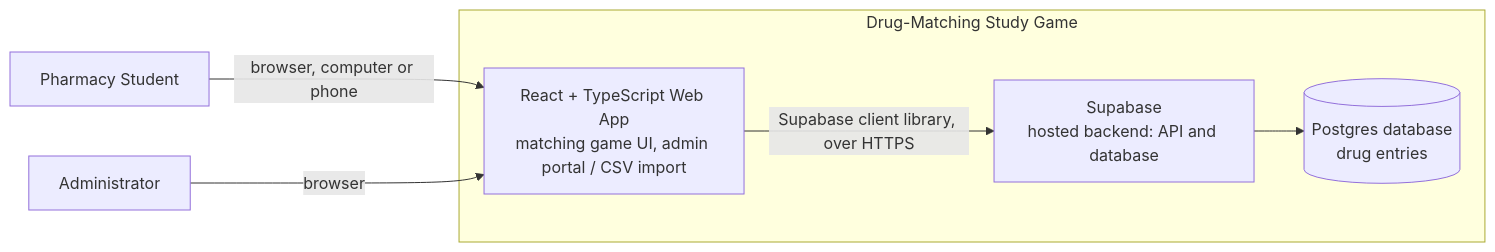
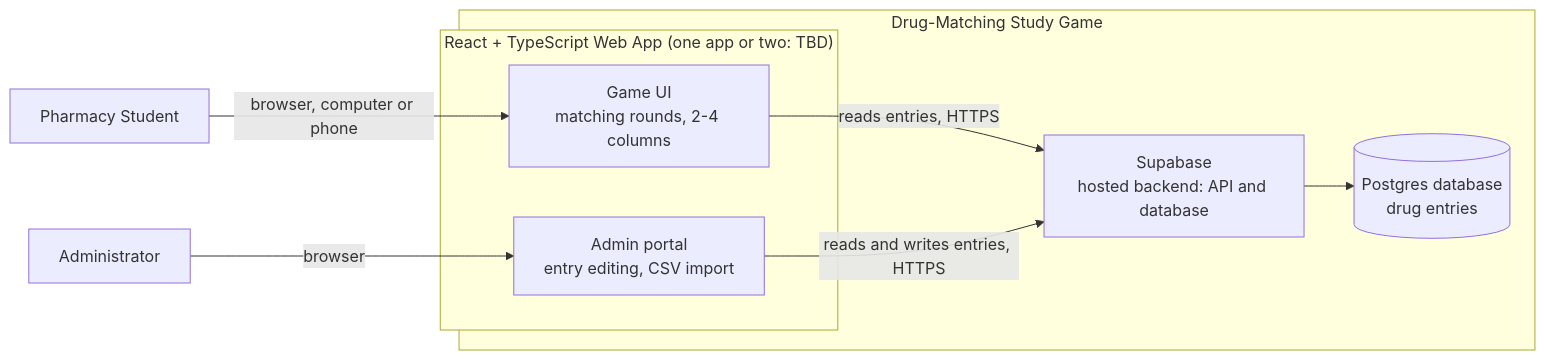
One commit to CamTcode/Drug-Matching-Game-Group-8 changed the second of 5 diagrams in docs/design.md. Above: the diagram before and after it, drawn with Mermaid. The commit also changed other lines of this file, not shown here.

````diff
--- a/docs/design.md
+++ b/docs/design.md
@@ -40,16 +40,20 @@
 ```mermaid
 flowchart LR
     student["Pharmacy Student"]
     admin["Administrator"]
-
+ 
     subgraph system["Drug-Matching Study Game"]
-        app["React + TypeScript Web App<br/>matching game UI, admin portal / CSV import"]
+        subgraph app["React + TypeScript Web App (one app or two: TBD)"]
+            game["Game UI<br/>matching rounds, 2-4 columns"]
+            portal["Admin portal<br/>entry editing, CSV import"]
+        end
         supa["Supabase<br/>hosted backend: API and database"]
         db[("Postgres database<br/>drug entries")]
     end
-
-    student -->|browser, computer or phone| app
-    admin -->|browser| app
-    app -->|Supabase client library, over HTTPS| supa
+ 
+    student -->|browser, computer or phone| game
+    admin -->|browser| portal
+    game -->|reads entries, HTTPS| supa
+    portal -->|reads and writes entries, HTTPS| supa
     supa --> db
 ```
````
